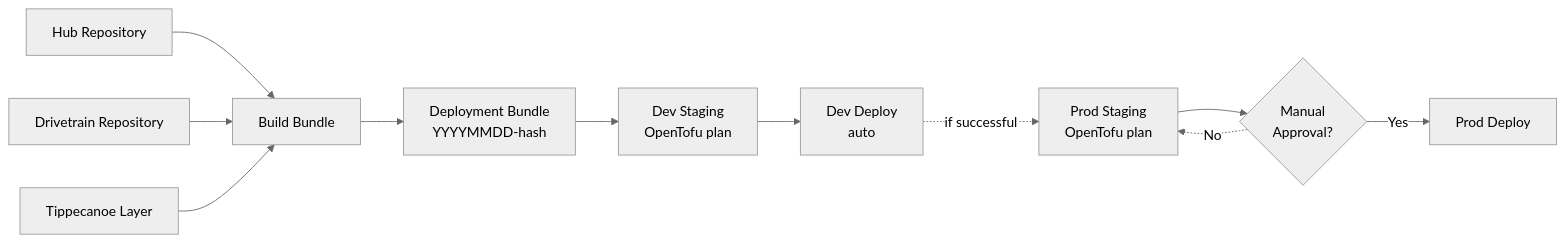
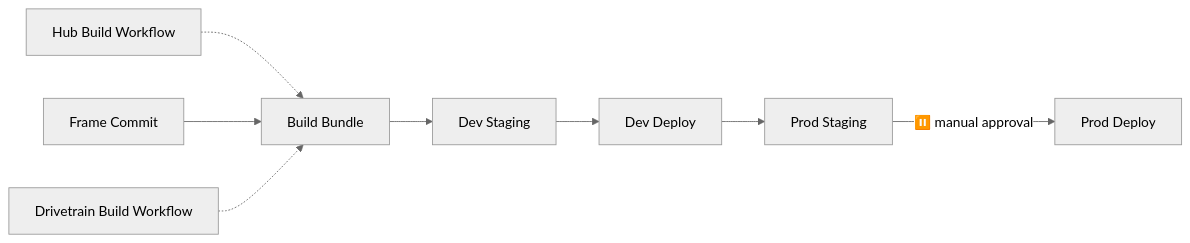
The diagram in README.md (kreed/ridelines-frame), drawn with Mermaid (neutral theme) before and after one commit. The commit also changed other lines of this file, not shown here.

Commit message:
docs: update README with OAuth module structure and workflow links
- Update module structure to reflect new OAuth architecture
- Add direct links to workflow files in deployment flow
- Restore Build Bundle step with cleaner diagram annotations
- Show Frame repository as deployment trigger alongside Hub/Drivetrain

🤖 Generated with [Claude Code](https://claude.ai/code)

````diff
--- a/README.md
+++ b/README.md
@@ -21,16 +21,12 @@
 ```mermaid
 flowchart LR
-    HUB[Hub Repository] --> BUILD[Build Bundle]
-    DRIVE[Drivetrain Repository] --> BUILD
-    TIP[Tippecanoe Layer] --> BUILD
+    HUB[Hub Build Workflow] -.-> BUILD[Build Bundle]
+    FRAME[Frame Commit] --> BUILD
+    DRIVE[Drivetrain Build Workflow] -.-> BUILD
+
+    BUILD --> DEV_STAGE[Dev Staging]
+    DEV_STAGE --> DEV_DEPLOY[Dev Deploy]
     
-    BUILD --> BUNDLE[Deployment Bundle<br/>YYYYMMDD-hash]
-    
-    BUNDLE --> DEV_STAGE[Dev Staging<br/>OpenTofu plan]
-    DEV_STAGE --> DEV_DEPLOY[Dev Deploy<br/>auto]
-    
-    DEV_DEPLOY -.->|if successful| PROD_STAGE[Prod Staging<br/>OpenTofu plan]
-    PROD_STAGE --> APPROVE{Manual<br/>Approval?}
-    APPROVE -->|Yes| PROD_DEPLOY[Prod Deploy]
-    APPROVE -.->|No| PROD_STAGE
+    DEV_DEPLOY --> PROD_STAGE[Prod Staging]
+    PROD_STAGE -->|⏸️ manual approval| PROD_DEPLOY[Prod Deploy]
 ```
````
